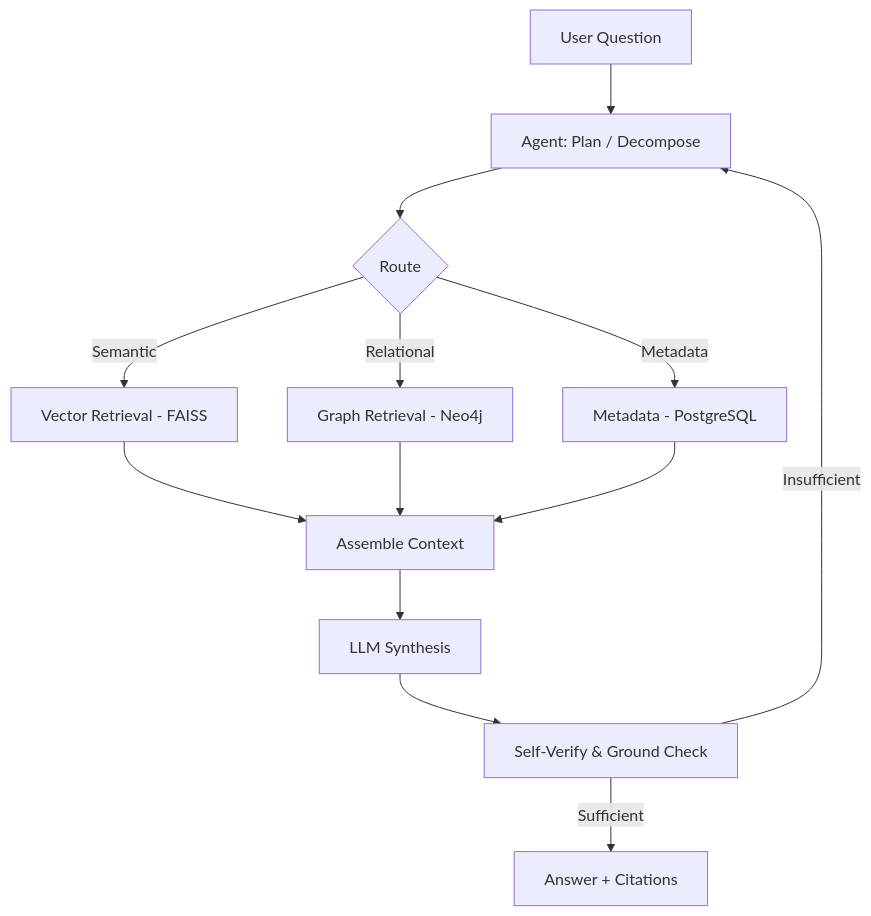
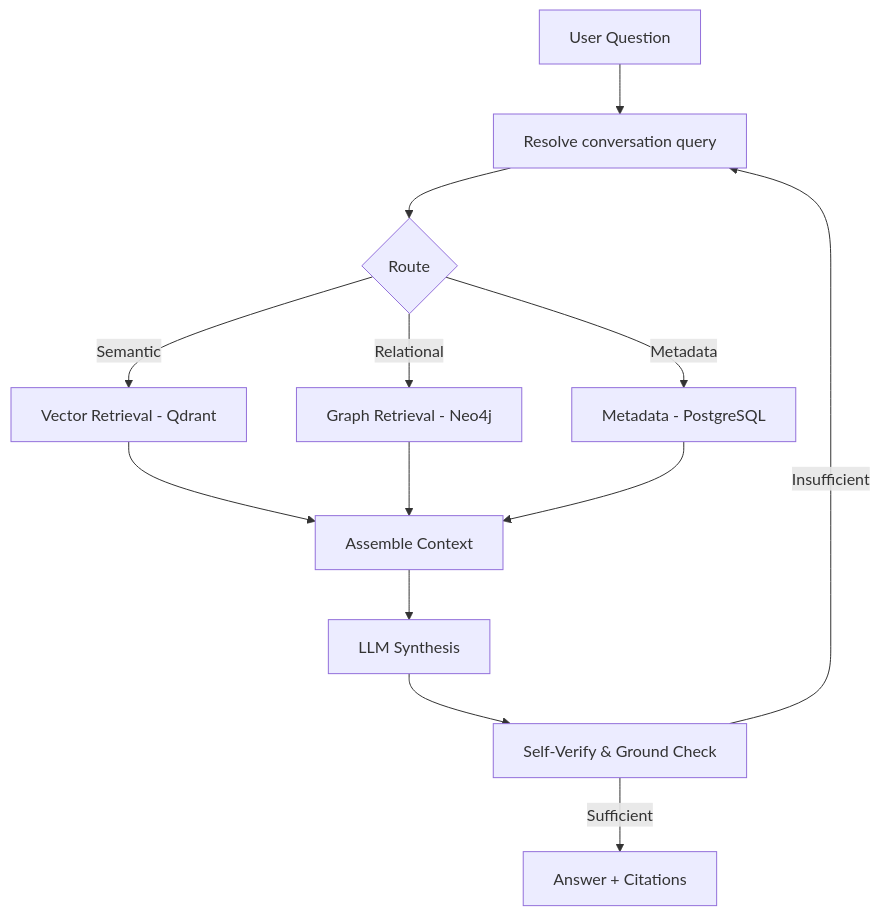
One commit to pratapVansh/TRACE changed the seventh of 10 diagrams in docs/03_SYSTEM_ARCHITECTURE.md. Above: the diagram before and after it, drawn with Mermaid. The commit also changed other lines of this file and 60 other files, not shown here.

````diff
--- a/docs/03_SYSTEM_ARCHITECTURE.md
+++ b/docs/03_SYSTEM_ARCHITECTURE.md
@@ -283,15 +289,15 @@
 ```mermaid
 flowchart TD
-    Q["User Question"] --> PLAN["Agent: Plan / Decompose"]
+    Q["User Question"] --> PLAN["Resolve conversation query"]
     PLAN --> ROUTE{"Route"}
-    ROUTE -->|Semantic| VR["Vector Retrieval - FAISS"]
+    ROUTE -->|Semantic| VR["Vector Retrieval - Qdrant"]
     ROUTE -->|Relational| GR["Graph Retrieval - Neo4j"]
     ROUTE -->|Metadata| MR["Metadata - PostgreSQL"]
     VR --> CTX["Assemble Context"]
     GR --> CTX
     MR --> CTX
     CTX --> SYN["LLM Synthesis"]
     SYN --> VERIFY["Self-Verify & Ground Check"]
     VERIFY -->|Sufficient| OUT["Answer + Citations"]
     VERIFY -->|Insufficient| PLAN
 ```
````
